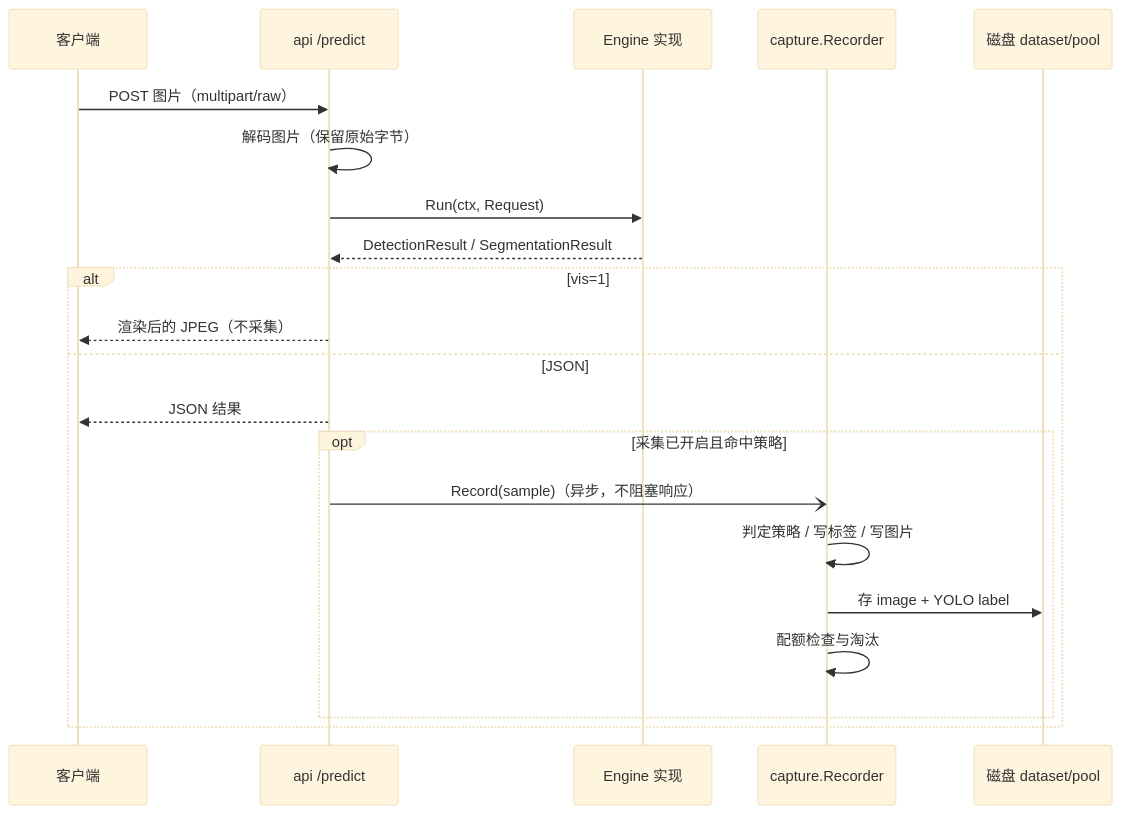
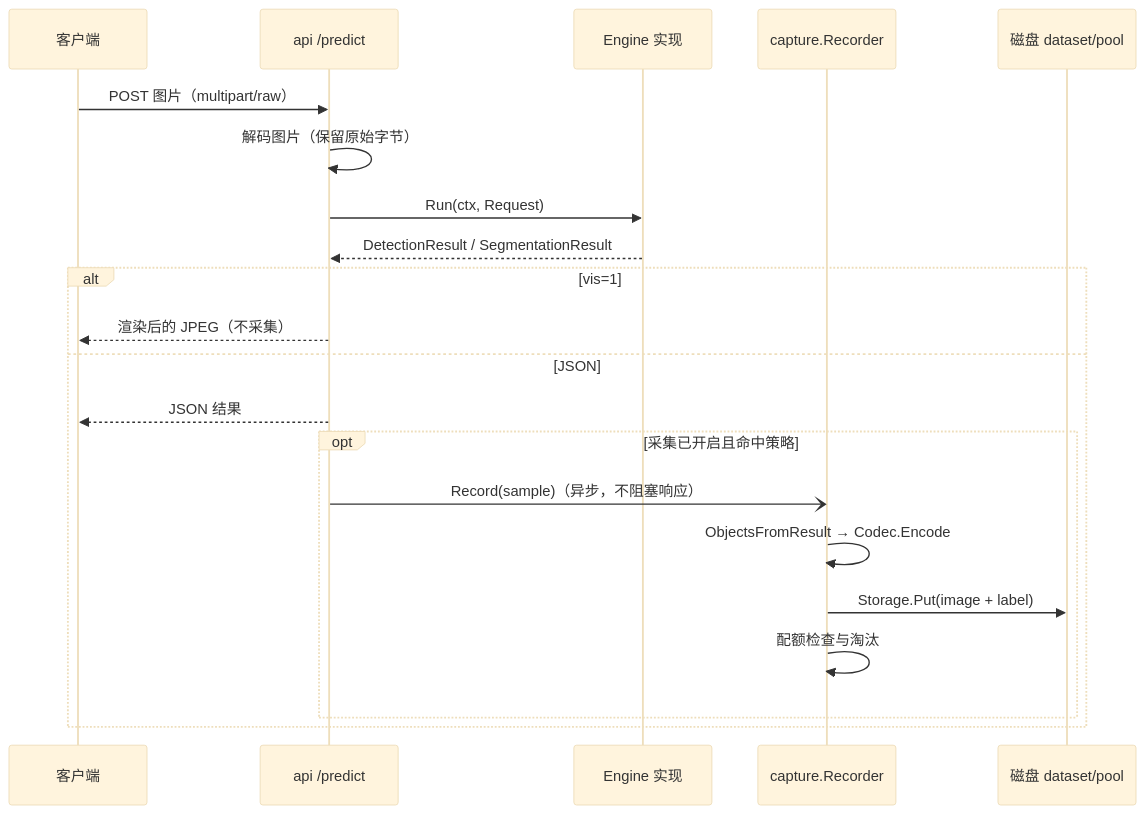
One commit to andaoai/go-infer changed the fourth of 5 diagrams in docs/ARCHITECTURE.md. Above: the diagram before and after it, drawn with Mermaid (base theme). The commit also changed other lines of this file and 26 other files, not shown here.

````diff
--- a/docs/ARCHITECTURE.md
+++ b/docs/ARCHITECTURE.md
@@ -172,24 +191,24 @@
 ```mermaid
 sequenceDiagram
     participant C as 客户端
     participant H as api /predict
     participant E as Engine 实现
     participant R as capture.Recorder
     participant FS as 磁盘 dataset/pool
 
     C->>H: POST 图片（multipart/raw）
     H->>H: 解码图片（保留原始字节）
     H->>E: Run(ctx, Request)
     E-->>H: DetectionResult / SegmentationResult
     alt vis=1
         H-->>C: 渲染后的 JPEG（不采集）
     else JSON
         H-->>C: JSON 结果
         opt 采集已开启且命中策略
             H-)R: Record(sample)（异步，不阻塞响应）
-            R->>R: 判定策略 / 写标签 / 写图片
-            R->>FS: 存 image + YOLO label
+            R->>R: ObjectsFromResult → Codec.Encode
+            R->>FS: Storage.Put(image + label)
             R->>R: 配额检查与淘汰
         end
     end
 ```
````
